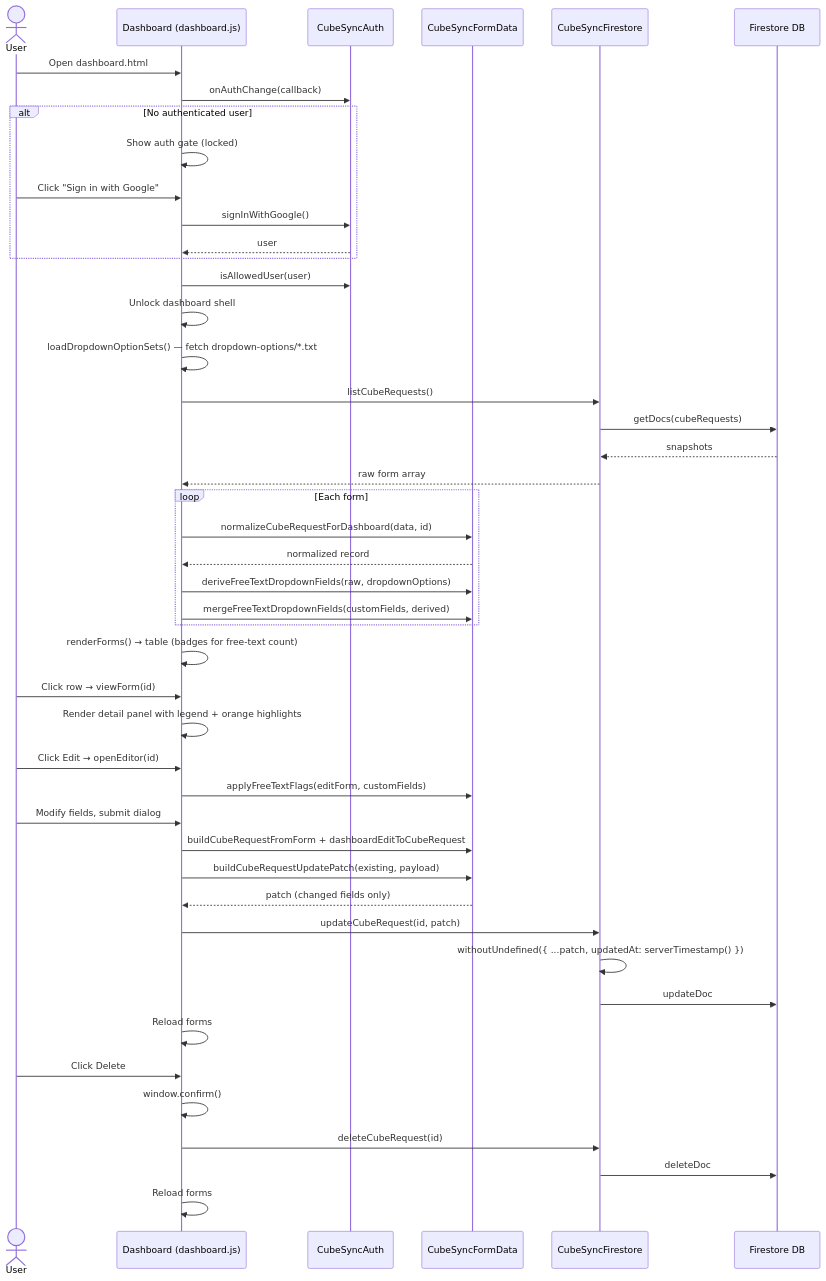
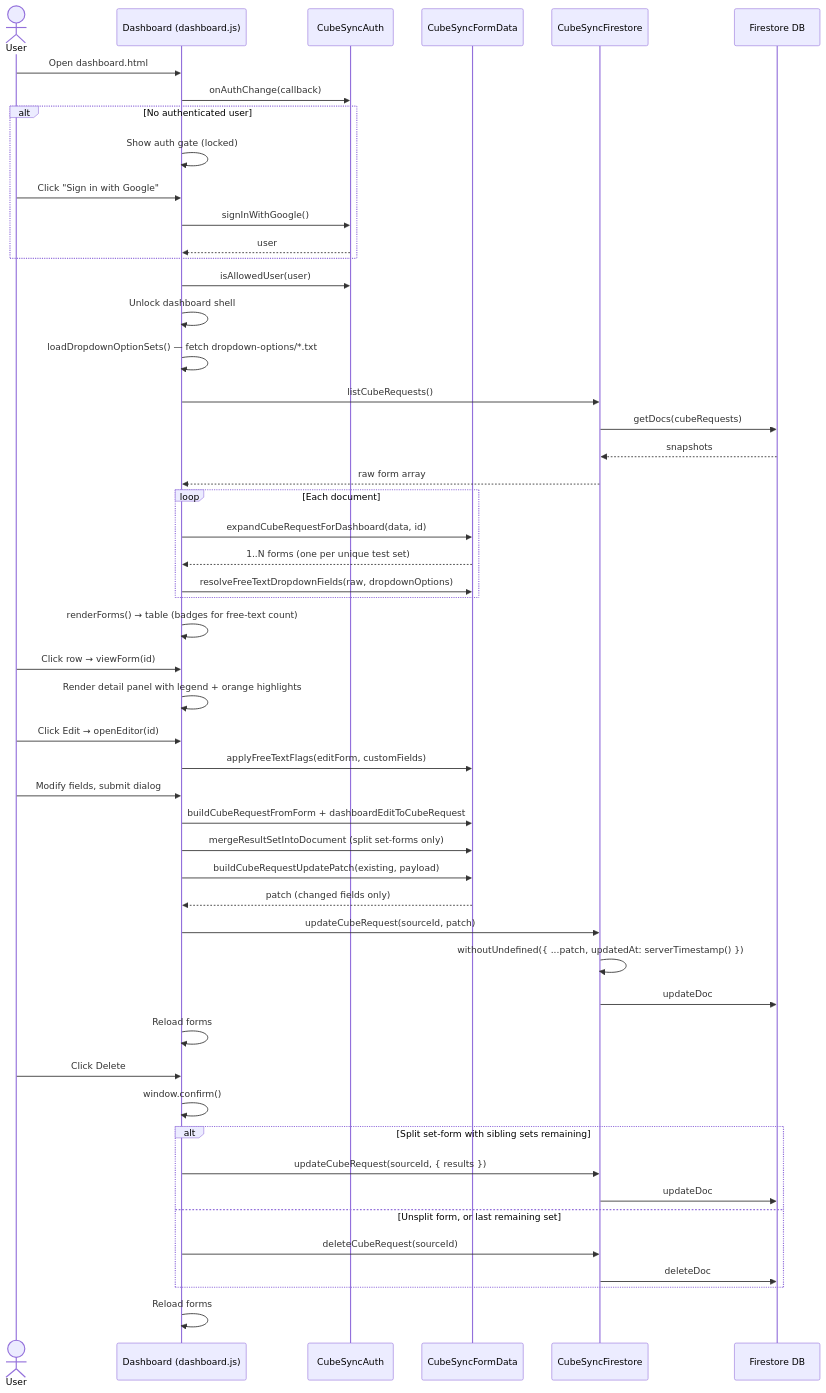
One commit to Yanguangchen/CubeSync changed the fourth of 11 diagrams in documentation/architecture.md. Above: the diagram before and after it, drawn with Mermaid. The commit also changed other lines of this file and 10 other files, not shown here.

First line of the commit message:
Document human-dashboard one-form-per-test-set behaviour.

````diff
--- a/documentation/architecture.md
+++ b/documentation/architecture.md
@@ -287,56 +287,61 @@
 ```mermaid
 sequenceDiagram
     actor User
     participant DSH as Dashboard (dashboard.js)
     participant Auth as CubeSyncAuth
     participant FD as CubeSyncFormData
     participant FS as CubeSyncFirestore
     participant DB as Firestore DB
 
     User->>DSH: Open dashboard.html
     DSH->>Auth: onAuthChange(callback)
 
     alt No authenticated user
         DSH->>DSH: Show auth gate (locked)
         User->>DSH: Click "Sign in with Google"
         DSH->>Auth: signInWithGoogle()
         Auth-->>DSH: user
     end
 
     DSH->>Auth: isAllowedUser(user)
     DSH->>DSH: Unlock dashboard shell
     DSH->>DSH: loadDropdownOptionSets() — fetch dropdown-options/*.txt
 
     DSH->>FS: listCubeRequests()
     FS->>DB: getDocs(cubeRequests)
     DB-->>FS: snapshots
     FS-->>DSH: raw form array
 
-    loop Each form
-        DSH->>FD: normalizeCubeRequestForDashboard(data, id)
-        FD-->>DSH: normalized record
-        DSH->>FD: deriveFreeTextDropdownFields(raw, dropdownOptions)
-        DSH->>FD: mergeFreeTextDropdownFields(customFields, derived)
+    loop Each document
+        DSH->>FD: expandCubeRequestForDashboard(data, id)
+        FD-->>DSH: 1..N forms (one per unique test set)
+        DSH->>FD: resolveFreeTextDropdownFields(raw, dropdownOptions)
     end
     DSH->>DSH: renderForms() → table (badges for free-text count)
 
     User->>DSH: Click row → viewForm(id)
     DSH->>DSH: Render detail panel with legend + orange highlights
 
     User->>DSH: Click Edit → openEditor(id)
     DSH->>FD: applyFreeTextFlags(editForm, customFields)
     User->>DSH: Modify fields, submit dialog
     DSH->>FD: buildCubeRequestFromForm + dashboardEditToCubeRequest
+    DSH->>FD: mergeResultSetIntoDocument (split set-forms only)
     DSH->>FD: buildCubeRequestUpdatePatch(existing, payload)
     FD-->>DSH: patch (changed fields only)
-    DSH->>FS: updateCubeRequest(id, patch)
+    DSH->>FS: updateCubeRequest(sourceId, patch)
     FS->>FS: withoutUndefined({ ...patch, updatedAt: serverTimestamp() })
     FS->>DB: updateDoc
     DSH->>DSH: Reload forms
 
     User->>DSH: Click Delete
     DSH->>DSH: window.confirm()
-    DSH->>FS: deleteCubeRequest(id)
-    FS->>DB: deleteDoc
+    alt Split set-form with sibling sets remaining
+        DSH->>FS: updateCubeRequest(sourceId, { results })
+        FS->>DB: updateDoc
+    else Unsplit form, or last remaining set
+        DSH->>FS: deleteCubeRequest(sourceId)
+        FS->>DB: deleteDoc
+    end
     DSH->>DSH: Reload forms
 ```
````
